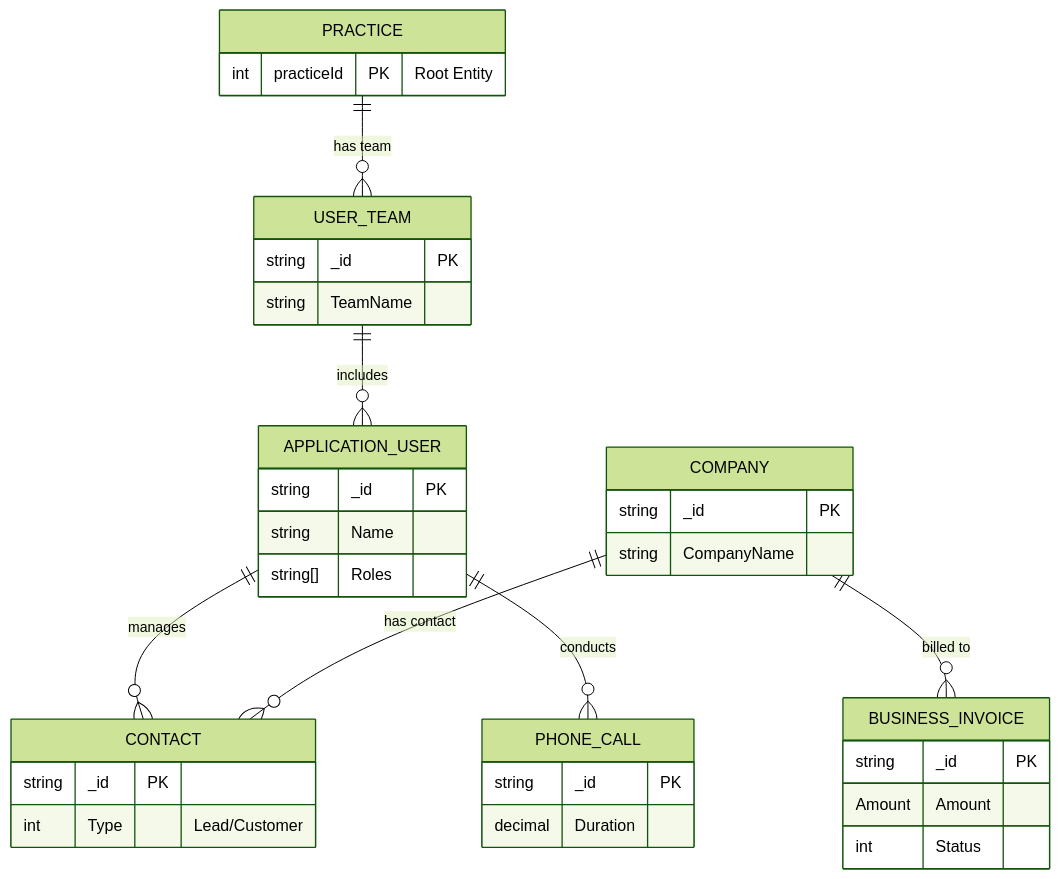
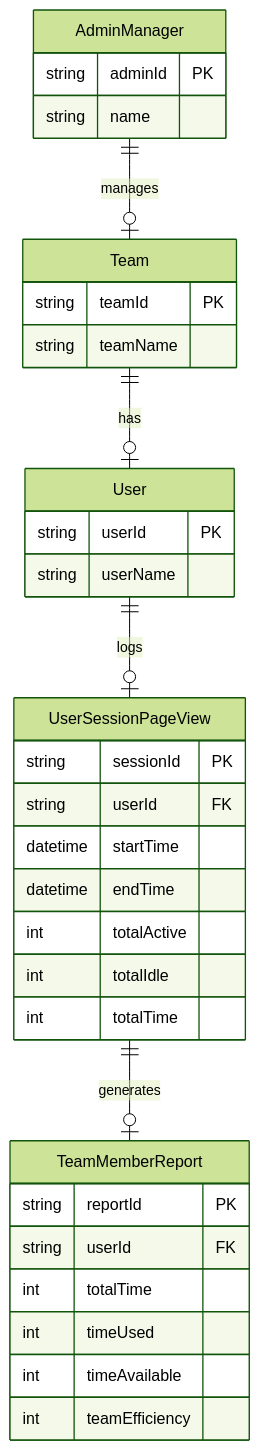
The third of 3 diagrams in TimeSheet/Teams_Report.md (Harshita-capsitech/EmailDocs), drawn with Mermaid (forest theme) before and after one commit. The commit also changed other lines of this file, not shown here.

````diff
--- a/TimeSheet/Teams_Report.md
+++ b/TimeSheet/Teams_Report.md
@@ -110,39 +144,38 @@
 ```mermaid
 erDiagram
-    PRACTICE {
-        int practiceId PK "Root Entity"
+    AdminManager {
+        string adminId PK
+        string name
     }
-    APPLICATION_USER {
-        string _id PK
-        string Name
-        string[] Roles
+    Team {
+        string teamId PK
+        string teamName
     }
-    USER_TEAM {
-        string _id PK
-        string TeamName
+    User {
+        string userId PK
+        string userName
     }
-    COMPANY {
-        string _id PK
-        string CompanyName
+    UserSessionPageView {
+        string sessionId PK
+        string userId FK
+        datetime startTime
+        datetime endTime
+        int totalActive
+        int totalIdle
+        int totalTime
     }
-    CONTACT {
-        string _id PK
-        int Type "Lead/Customer"
-    }
-    BUSINESS_INVOICE {
-        string _id PK
-        Amount Amount
-        int Status
-    }
-    PHONE_CALL {
-        string _id PK
-        decimal Duration
+    TeamMemberReport {
+        string reportId PK
+        string userId FK
+        int totalTime
+        int timeUsed
+        int timeAvailable
+        int teamEfficiency
     }
 
-    PRACTICE ||--o{ USER_TEAM : "has team"
-    USER_TEAM ||--o{ APPLICATION_USER : "includes"
-    APPLICATION_USER ||--o{ CONTACT : "manages"
-    COMPANY ||--o{ CONTACT : "has contact"
-    COMPANY ||--o{ BUSINESS_INVOICE : "billed to"
-    APPLICATION_USER ||--o{ PHONE_CALL : "conducts"
+    AdminManager ||--o| Team : manages
+    Team ||--o| User : has
+    User ||--o| UserSessionPageView : logs
+    UserSessionPageView ||--o| TeamMemberReport : generates
+
 ```
````
